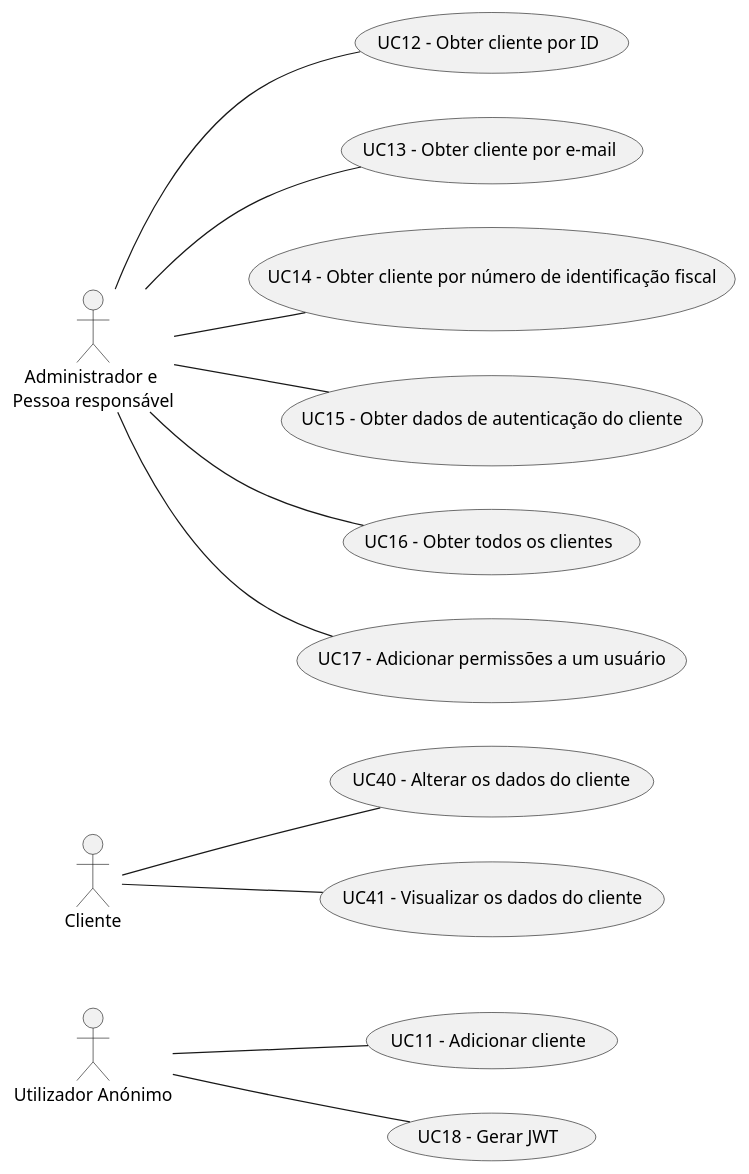
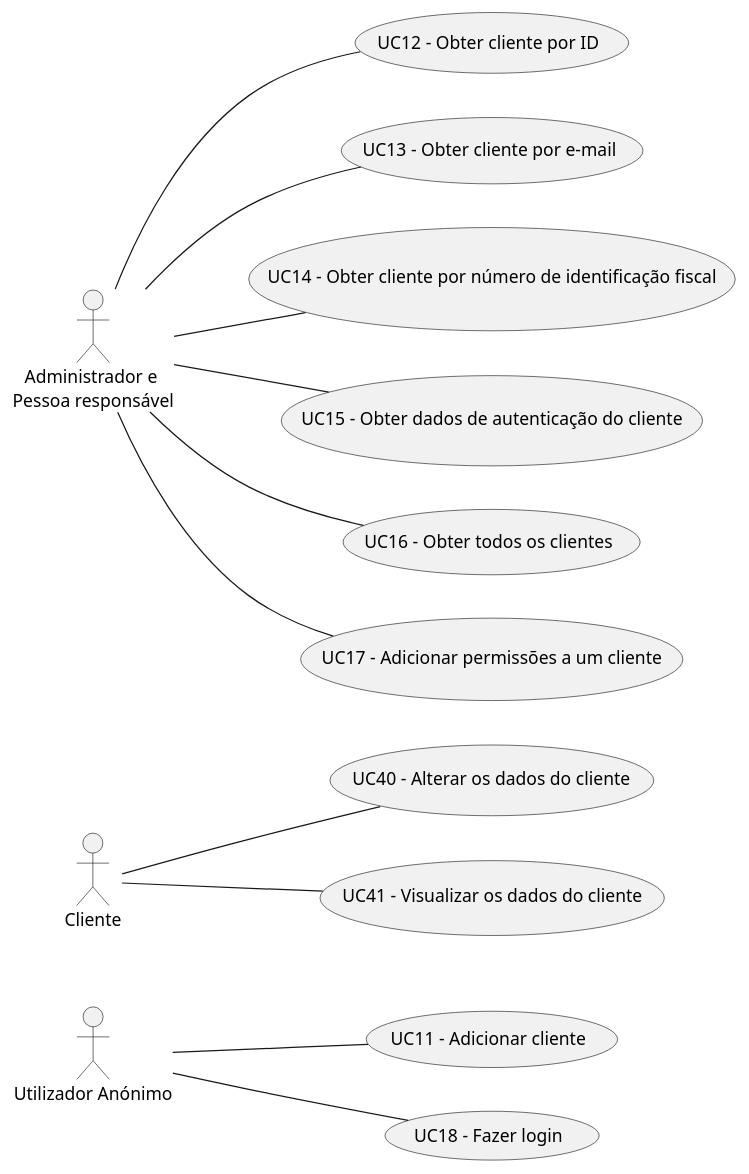
One commit to TiagoNora/ballerina-project changed the diagram in design/userCasesCliente.puml. Above: the diagram before and after it, drawn with PlantUML. The commit also changed 8 other files, not shown here.

```diff
--- a/design/userCasesCliente.puml
+++ b/design/userCasesCliente.puml
@@ -1,37 +1,37 @@
 @startuml
 
 left to right direction
 skinparam defaultTextAlignment center
 
 
 :Utilizador Anónimo: as aCostumer
 :Cliente: as rCostumer
 :Administrador e \nPessoa responsável: as admin
 
 (UC11 - Adicionar cliente) as UC11
 (UC12 - Obter cliente por ID) as UC12
 (UC13 - Obter cliente por e-mail) as UC13
 (UC14 - Obter cliente por número de identificação fiscal) as UC14
 (UC15 - Obter dados de autenticação do cliente) as UC15
 (UC16 - Obter todos os clientes) as UC16
-(UC17 - Adicionar permissões a um usuário) as UC17
-(UC18 - Gerar JWT) as UC18
+(UC17 - Adicionar permissões a um cliente) as UC17
+(UC18 - Fazer login) as UC18
 
 (UC40 - Alterar os dados do cliente) as UC40
 (UC41 - Visualizar os dados do cliente) as UC41
 
 admin -- UC12
 admin -- UC13
 admin -- UC14
 admin -- UC15
 admin -- UC16
 admin -- UC17
 
 
 aCostumer -- UC11
 aCostumer -- UC18
 
 rCostumer -- UC40
 rCostumer -- UC41
 
 @end
```
